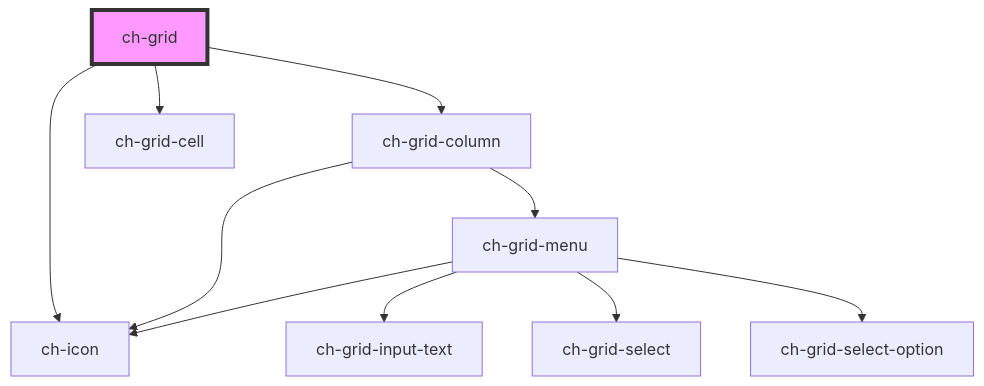
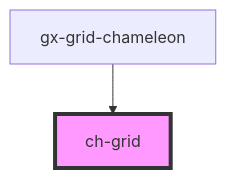
One commit to genexuslabs/chameleon-controls-library changed the diagram in src/components/grid/readme.md. Above: the diagram before and after it, drawn with Mermaid. The commit also changed other lines of this file and 2 other files, not shown here.

Commit message:
Add grid definition

````diff
--- a/src/components/grid/readme.md
+++ b/src/components/grid/readme.md
@@ -32,13 +28,5 @@
 ```mermaid
 graph TD;
-  ch-grid --> ch-grid-column
-  ch-grid --> ch-grid-cell
-  ch-grid --> ch-icon
-  ch-grid-column --> ch-icon
-  ch-grid-column --> ch-grid-menu
-  ch-grid-menu --> ch-grid-input-text
-  ch-grid-menu --> ch-grid-select
-  ch-grid-menu --> ch-grid-select-option
-  ch-grid-menu --> ch-icon
+  gx-grid-chameleon --> ch-grid
   style ch-grid fill:#f9f,stroke:#333,stroke-width:4px
 ```
````
